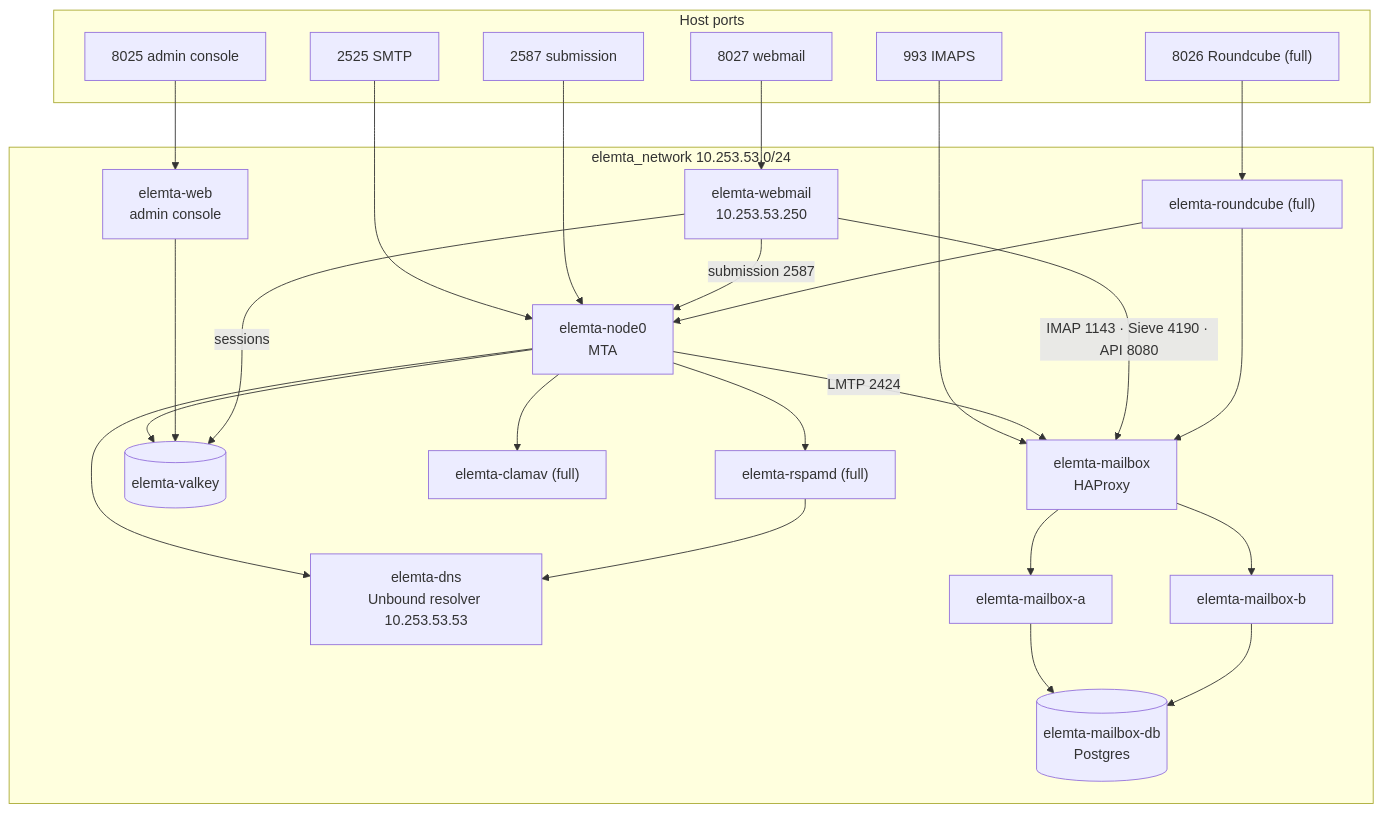
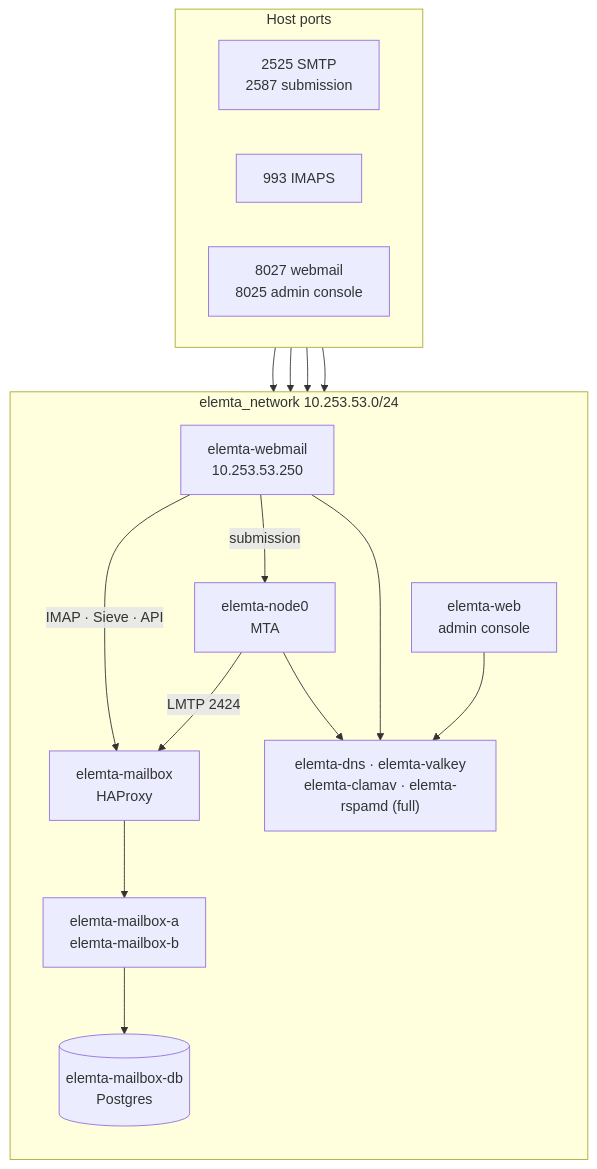
One commit to EvalAlan/elemta changed the diagram in docs/diagrams/compose.mmd. Above: the diagram before and after it, drawn with Mermaid. The commit also changed 18 other files, not shown here.

First line of the commit message:
Docs: redraw the diagrams to read top to bottom

```diff
--- a/docs/diagrams/compose.mmd
+++ b/docs/diagrams/compose.mmd
@@ -1,44 +1,28 @@
 flowchart TB
     subgraph host["Host ports"]
-        p2525["2525 SMTP"]
-        p2587["2587 submission"]
-        p993["993 IMAPS"]
-        p8027["8027 webmail"]
-        p8025["8025 admin console"]
-        p8026["8026 Roundcube (full)"]
+        direction LR
+        pmail["2525 SMTP<br/>2587 submission"]
+        pimap["993 IMAPS"]
+        pweb["8027 webmail<br/>8025 admin console"]
     end
 
     subgraph net["elemta_network 10.253.53.0/24"]
+        direction TB
         node0["elemta-node0<br/>MTA"]
+        webmail["elemta-webmail<br/>10.253.53.250"]
         web["elemta-web<br/>admin console"]
-        webmail["elemta-webmail<br/>10.253.53.250"]
-        dns["elemta-dns<br/>Unbound resolver 10.253.53.53"]
         haproxy["elemta-mailbox<br/>HAProxy"]
-        mba["elemta-mailbox-a"]
-        mbb["elemta-mailbox-b"]
+        replicas["elemta-mailbox-a<br/>elemta-mailbox-b"]
         db[("elemta-mailbox-db<br/>Postgres")]
-        valkey[("elemta-valkey")]
-        clamav["elemta-clamav (full)"]
-        rspamd["elemta-rspamd (full)"]
-        rc["elemta-roundcube (full)"]
+        support["elemta-dns · elemta-valkey<br/>elemta-clamav · elemta-rspamd (full)"]
     end
 
-    p2525 & p2587 --> node0
-    p993 --> haproxy
-    p8027 --> webmail
-    p8025 --> web
-    p8026 --> rc
-
+    pmail --> node0
+    pweb --> webmail
+    pweb --> web
+    pimap --> haproxy
+    webmail -->|"submission"| node0
+    webmail -->|"IMAP · Sieve · API"| haproxy
     node0 -->|"LMTP 2424"| haproxy
-    node0 --> dns
-    node0 --> clamav
-    node0 --> rspamd
-    rspamd --> dns
-    node0 & web --> valkey
-    webmail -->|"IMAP 1143 · Sieve 4190 · API 8080"| haproxy
-    webmail -->|"submission 2587"| node0
-    webmail -->|"sessions"| valkey
-    rc --> haproxy
-    rc --> node0
-    haproxy --> mba & mbb
-    mba & mbb --> db
+    haproxy --> replicas --> db
+    node0 & webmail & web --> support
```
